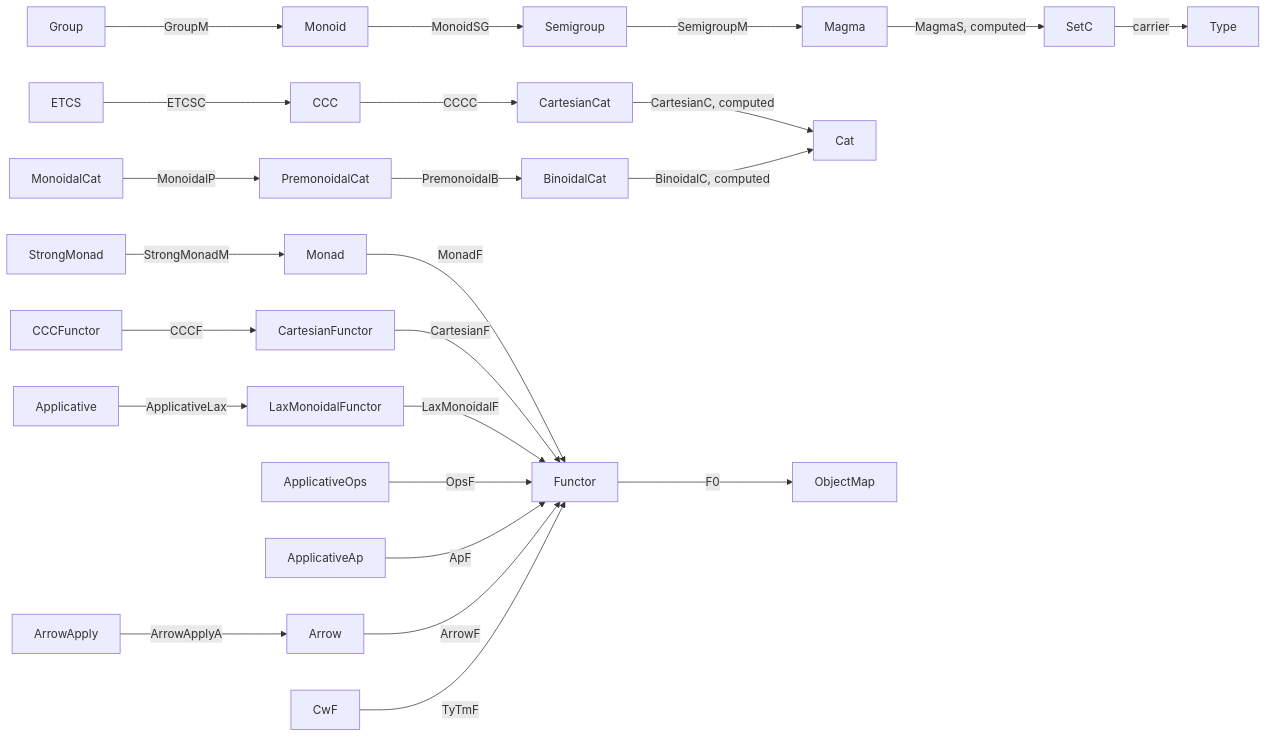
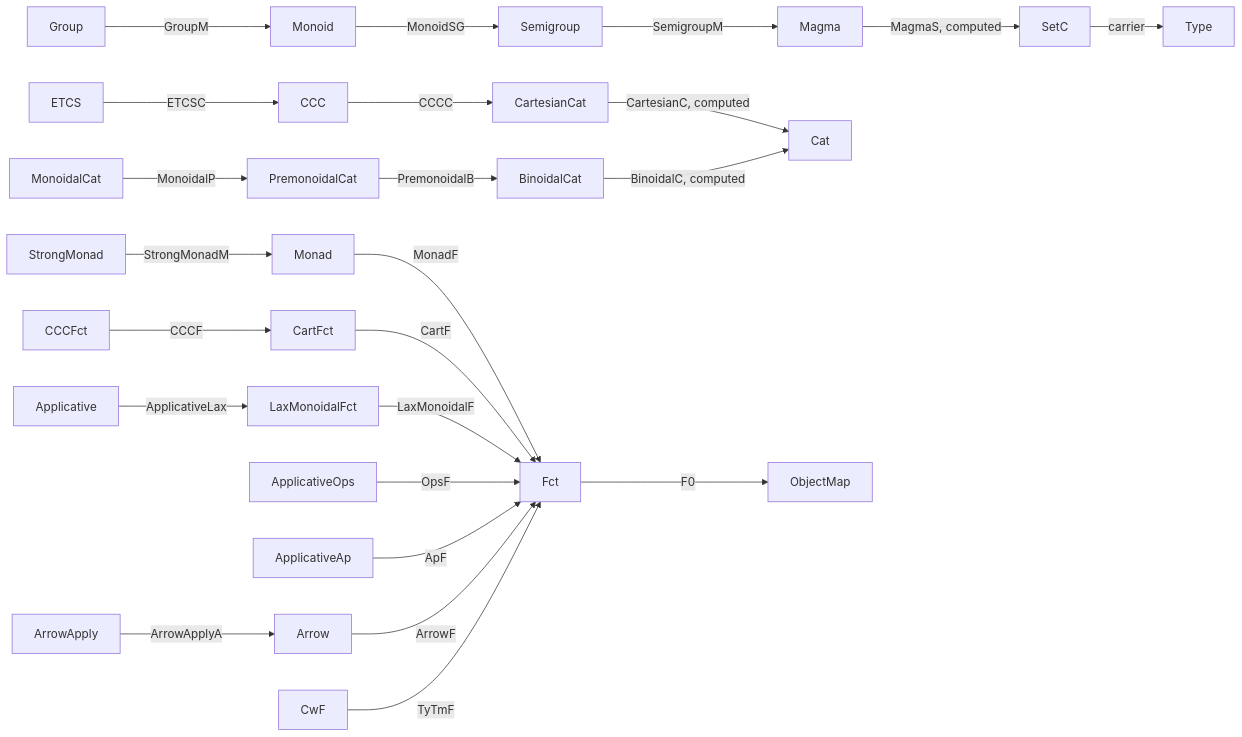
Before and after one commit to Godalin/rocq-cats: the diagram in docs/BundledInterfaces.md, drawn with Mermaid. The commit also changed other lines of this file and 306 other files, not shown here.

````diff
--- a/docs/BundledInterfaces.md
+++ b/docs/BundledInterfaces.md
@@ -686,26 +693,26 @@
 ```mermaid
 flowchart LR
   Group -->|GroupM| Monoid
   Monoid -->|MonoidSG| Semigroup
   Semigroup -->|SemigroupM| Magma
   Magma -->|MagmaS, computed| SetC
   SetC -->|carrier| Type
   ETCS -->|ETCSC| CCC
   CCC -->|CCCC| CartesianCat
   CartesianCat -->|CartesianC, computed| Cat
   MonoidalCat -->|MonoidalP| PremonoidalCat
   PremonoidalCat -->|PremonoidalB| BinoidalCat
   BinoidalCat -->|BinoidalC, computed| Cat
   StrongMonad -->|StrongMonadM| Monad
-  Monad -->|MonadF| Functor
-  CCCFunctor -->|CCCF| CartesianFunctor
-  CartesianFunctor -->|CartesianF| Functor
-  Applicative -->|ApplicativeLax| LaxMonoidalFunctor
-  LaxMonoidalFunctor -->|LaxMonoidalF| Functor
-  ApplicativeOps -->|OpsF| Functor
-  ApplicativeAp -->|ApF| Functor
+  Monad -->|MonadF| Fct
+  CCCFct -->|CCCF| CartFct
+  CartFct -->|CartF| Fct
+  Applicative -->|ApplicativeLax| LaxMonoidalFct
+  LaxMonoidalFct -->|LaxMonoidalF| Fct
+  ApplicativeOps -->|OpsF| Fct
+  ApplicativeAp -->|ApF| Fct
   ArrowApply -->|ArrowApplyA| Arrow
-  Arrow -->|ArrowF| Functor
-  CwF -->|TyTmF| Functor
-  Functor -->|F0| ObjectMap
+  Arrow -->|ArrowF| Fct
+  CwF -->|TyTmF| Fct
+  Fct -->|F0| ObjectMap
 ```
````
